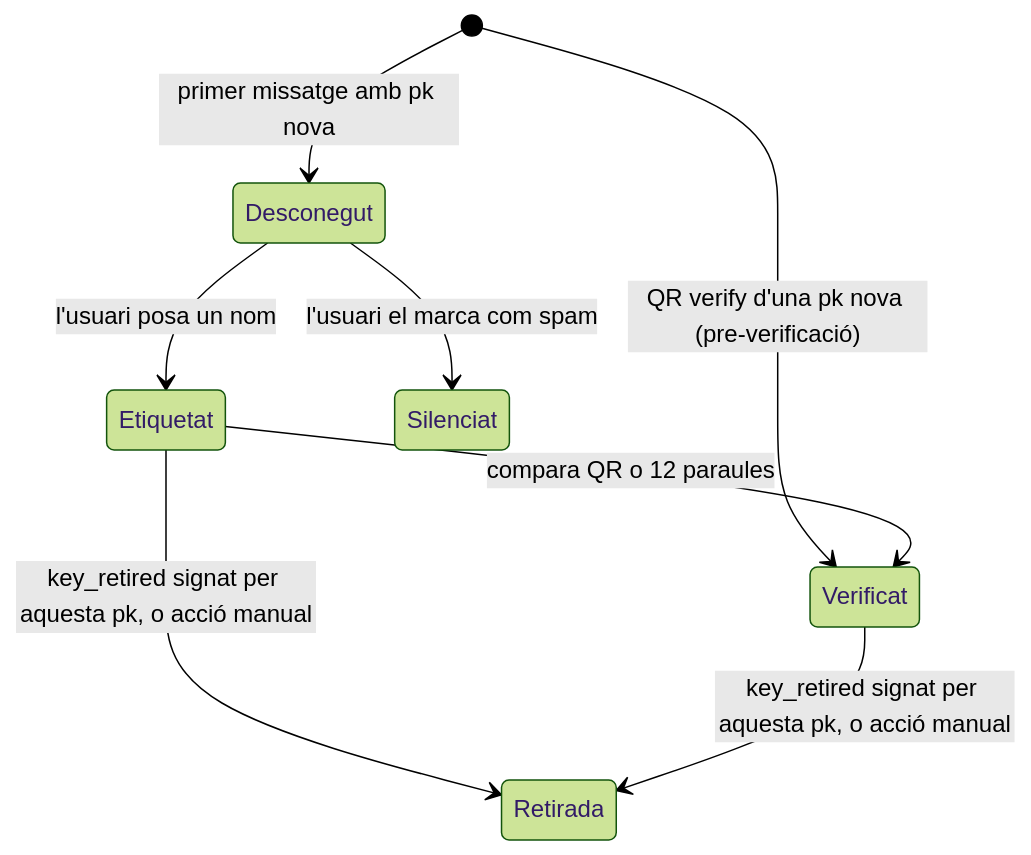
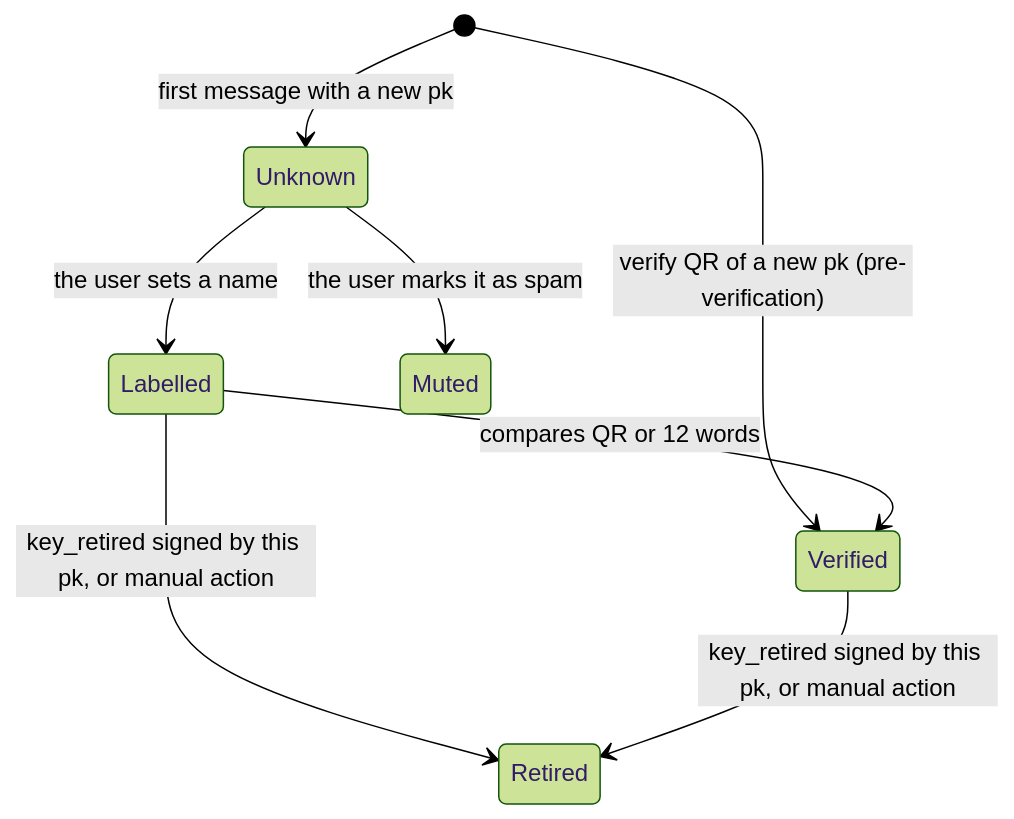
The second of 4 diagrams in docs/spec.md (maarcv/privatechat), drawn with Mermaid (forest theme) before and after one commit. The commit also changed other lines of this file and 75 other files, not shown here.

````diff
--- a/docs/spec.md
+++ b/docs/spec.md
@@ -304,10 +304,10 @@
 ```mermaid
 stateDiagram-v2
-    [*] --> Desconegut: primer missatge amb pk nova
-    [*] --> Verificat: QR verify d'una pk nova (pre-verificació)
-    Desconegut --> Etiquetat: l'usuari posa un nom
-    Etiquetat --> Verificat: compara QR o 12 paraules
-    Desconegut --> Silenciat: l'usuari el marca com spam
-    Etiquetat --> Retirada: key_retired signat per aquesta pk, o acció manual
-    Verificat --> Retirada: key_retired signat per aquesta pk, o acció manual
+    [*] --> Unknown: first message with a new pk
+    [*] --> Verified: verify QR of a new pk (pre-verification)
+    Unknown --> Labelled: the user sets a name
+    Labelled --> Verified: compares QR or 12 words
+    Unknown --> Muted: the user marks it as spam
+    Labelled --> Retired: key_retired signed by this pk, or manual action
+    Verified --> Retired: key_retired signed by this pk, or manual action
 ```
````
